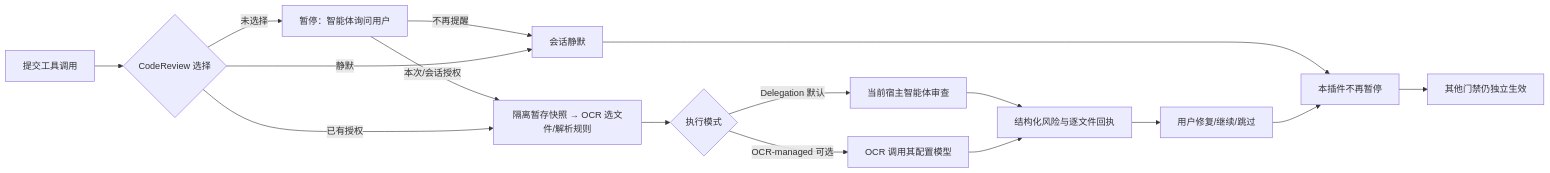
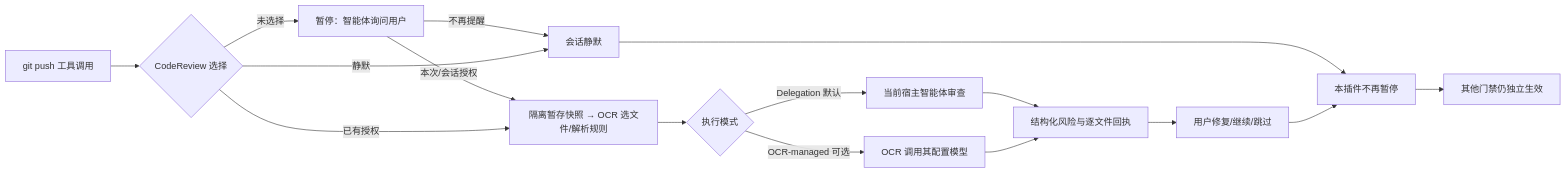
The diagram in README.md (full-stack-plugins/codereview-plugin), drawn with Mermaid before and after one commit. The commit also changed other lines of this file and 12 other files, not shown here.

First line of the commit message:
feat(hook): push 成为唯一阻断点 — commit 只提醒、其余 Git 命令零噪音

````diff
--- a/README.md
+++ b/README.md
@@ -18,18 +20,18 @@
 ```mermaid
 flowchart LR
-  A[提交工具调用] --> B{CodeReview 选择}
+  A[git push 工具调用] --> B{CodeReview 选择}
   B -->|未选择| C[暂停：智能体询问用户]
   C -->|本次/会话授权| D[隔离暂存快照 → OCR 选文件/解析规则]
   B -->|已有授权| D
   C -->|不再提醒| E[会话静默]
   B -->|静默| E
   D --> E1{执行模式}
   E1 -->|Delegation 默认| E2[当前宿主智能体审查]
   E1 -->|OCR-managed 可选| E3[OCR 调用其配置模型]
   E2 --> F[结构化风险与逐文件回执]
   E3 --> F
   F --> G[用户修复/继续/跳过]
   E --> H[本插件不再暂停]
   G --> H
   H --> I[其他门禁仍独立生效]
 ```
````
